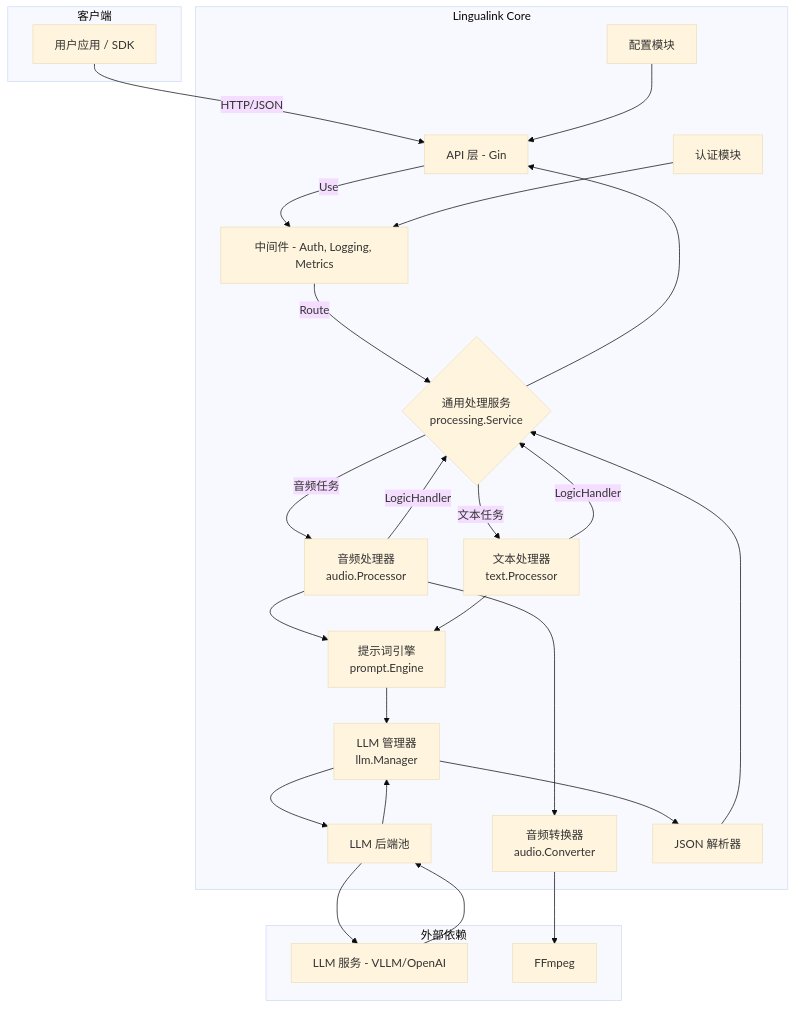
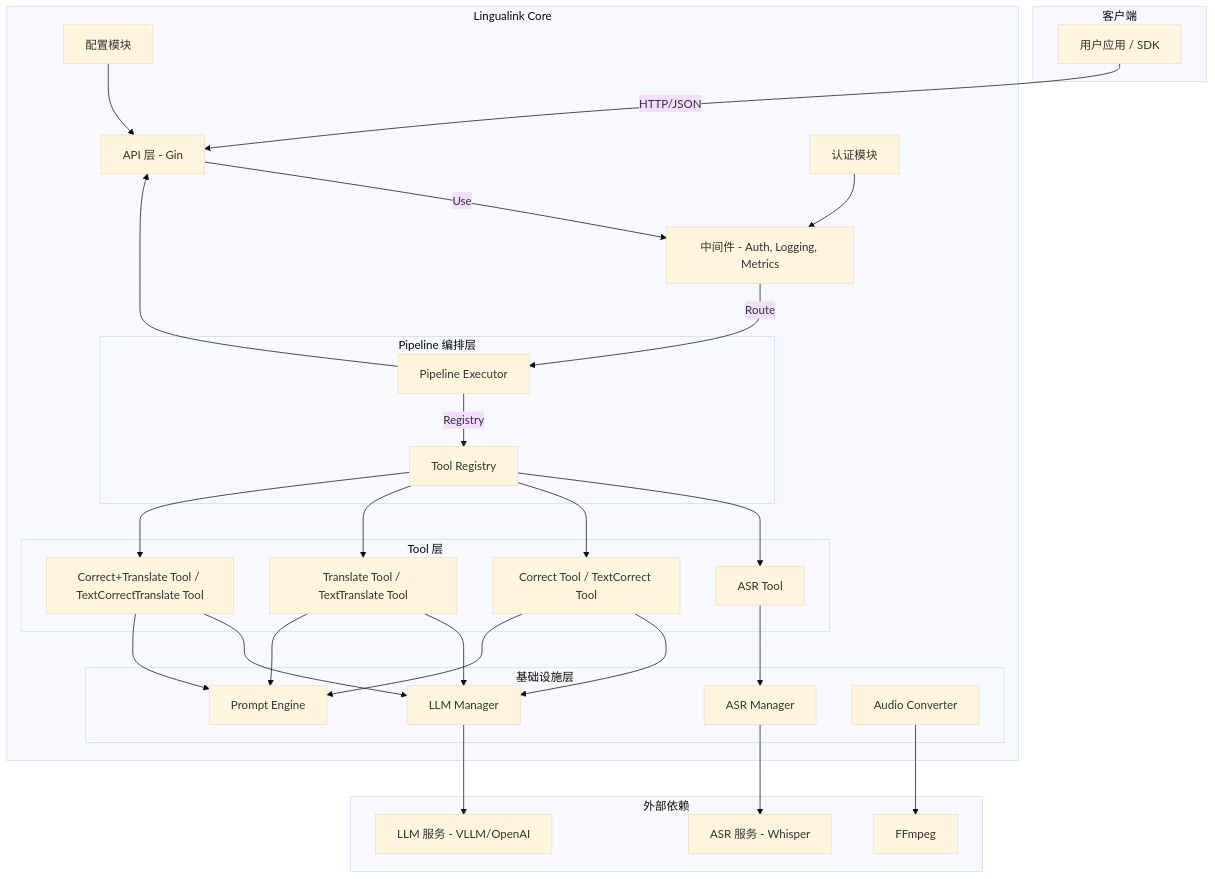
One commit to Lingualink-VRChat/Lingualink_Core changed the diagram in docs/architecture.md. Above: the diagram before and after it, drawn with Mermaid (base theme). The commit also changed other lines of this file and 48 other files, not shown here.

Commit message:
feat: Implement comprehensive audio processing pipelines, API handlers for audio and text, and a new authentication system.

````diff
--- a/docs/architecture.md
+++ b/docs/architecture.md
@@ -89,55 +117,56 @@
 ```mermaid
 graph TD
     subgraph "客户端"
         A[用户应用 / SDK]
     end
 
     subgraph "Lingualink Core"
         B[API 层 - Gin]
         C[中间件 - Auth, Logging, Metrics]
-        D{通用处理服务<br/>processing.Service}
-        E[音频处理器<br/>audio.Processor]
-        F[文本处理器<br/>text.Processor]
-        G[提示词引擎<br/>prompt.Engine]
-        H[LLM 管理器<br/>llm.Manager]
-        I[LLM 后端池]
-        J[音频转换器<br/>audio.Converter]
-        K[JSON 解析器]
-        L[配置模块]
-        M[认证模块]
+        
+        subgraph "Pipeline 编排层"
+            D[Pipeline Executor]
+            E[Tool Registry]
+        end
+        
+        subgraph "Tool 层"
+            F[ASR Tool]
+            G[Correct Tool / TextCorrect Tool]
+            H[Translate Tool / TextTranslate Tool]
+            I[Correct+Translate Tool / TextCorrectTranslate Tool]
+        end
+        
+        subgraph "基础设施层"
+            J[ASR Manager]
+            K[LLM Manager]
+            L[Prompt Engine]
+            M[Audio Converter]
+        end
+        
+        N[配置模块]
+        O[认证模块]
     end
 
     subgraph "外部依赖"
-        N[LLM 服务 - VLLM/OpenAI]
-        O[FFmpeg]
+        P[ASR 服务 - Whisper]
+        Q[LLM 服务 - VLLM/OpenAI]
+        R[FFmpeg]
     end
 
     A -- HTTP/JSON --> B
     B -- Use --> C
     C -- Route --> D
-
-    D -- "音频任务" --> E
-    D -- "文本任务" --> F
     
-    E -- "LogicHandler" --> D
-    F -- "LogicHandler" --> D
-
-    E --> J
-    E --> G
-    F --> G
-
-    J --> O
+    D -- Registry --> E
+    E --> F & G & H & I
     
-    G --> H
-    H --> I
-    I --> N
-    N --> I
-    I --> H
-    H --> K
-    K --> D
+    F --> J --> P
+    G & H & I --> K --> Q
+    G & H & I --> L
+    M --> R
     
     D --> B
     
-    L --> B
-    M --> C
+    N --> B
+    O --> C
 ```
````
